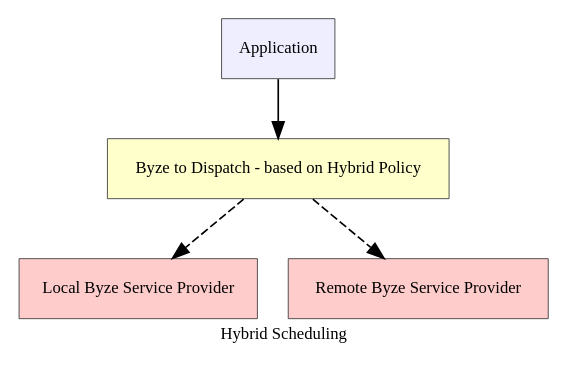
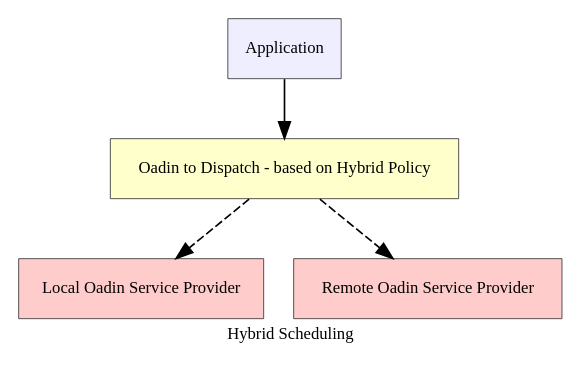
One commit to DigitalChinaOpenSource/oadin changed the fifth of 5 diagrams in docs/en/source/aog_mechanism.rst. Above: the diagram before and after it, drawn with Graphviz. The commit also changed other lines of this file and 117 other files, not shown here.

```diff
--- a/docs/en/source/aog_mechanism.rst
+++ b/docs/en/source/aog_mechanism.rst
@@ -276,21 +276,21 @@
 .. graphviz:: 
    :align: center
 
    digraph G {
      rankdir=TB
      compound=true
      label = "Hybrid Scheduling"
      graph [fontname = "Verdana", fontsize = 10, style="filled", penwidth=0.5]
      node [fontname = "Verdana", fontsize = 10, shape=box, color="#333333", style="filled", penwidth=0.5] 
 
      app[label="Application", fillcolor="#eeeeff"]
-     byze[label="Byze to Dispatch - based on Hybrid Policy", fillcolor="#ffffcc"]
-     local[label="Local Byze Service Provider", fillcolor="#ffcccc"]
-     cloud[label="Remote Byze Service Provider", fillcolor="#ffcccc"]
+     oadin[label="Oadin to Dispatch - based on Hybrid Policy", fillcolor="#ffffcc"]
+     local[label="Local Oadin Service Provider", fillcolor="#ffcccc"]
+     cloud[label="Remote Oadin Service Provider", fillcolor="#ffcccc"]
 
-     app -> byze
+     app -> oadin
 
-     byze -> local[style="dashed"]
-     byze -> cloud[style="dashed"]
+     oadin -> local[style="dashed"]
+     oadin -> cloud[style="dashed"]
 
    }
```
